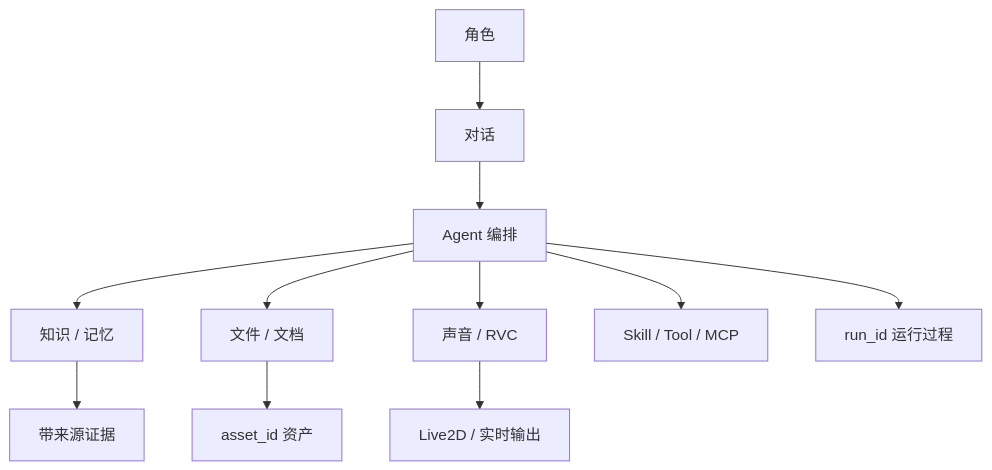
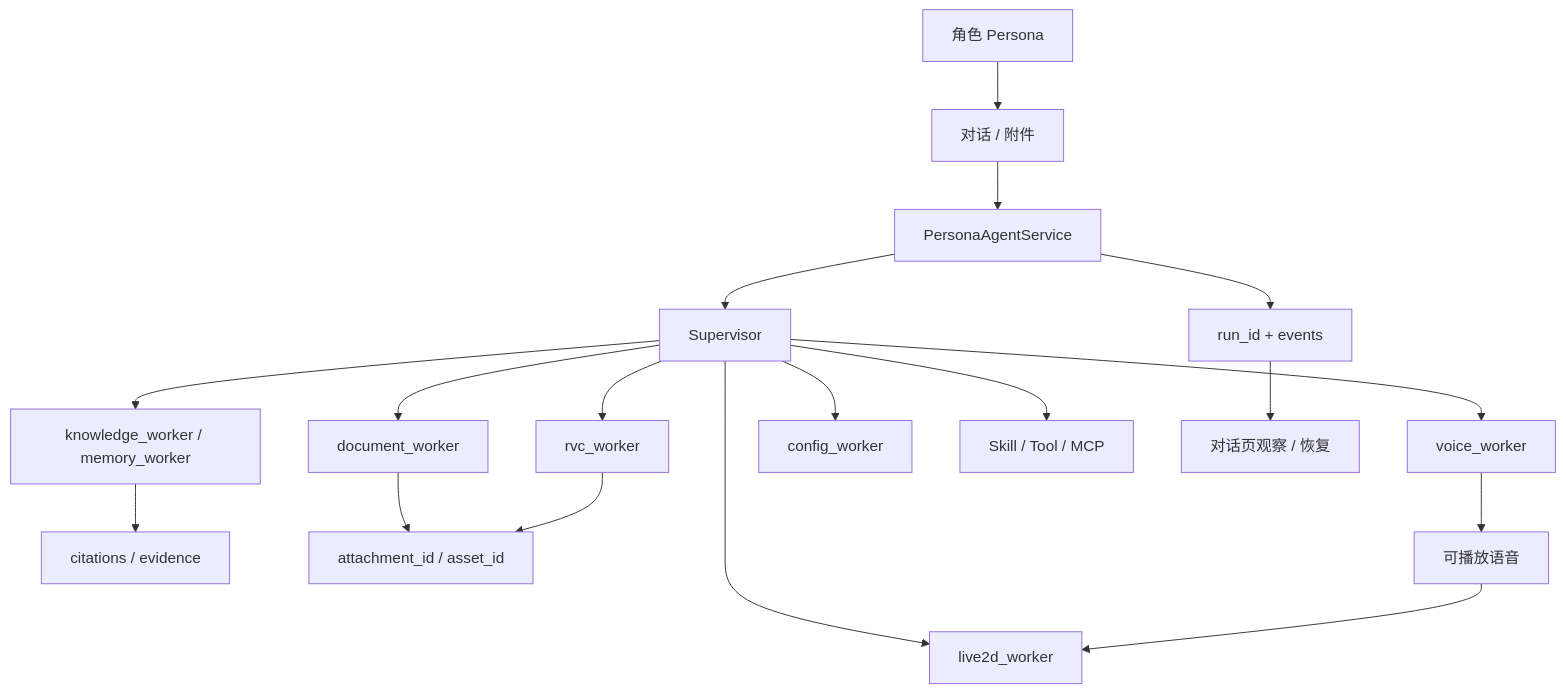
One commit to TKGEKKOU/charactoid changed the diagram in docs/site/capabilities/overview.md. Above: the diagram before and after it, drawn with Mermaid. The commit also changed other lines of this file and 39 other files, not shown here.

````diff
--- a/docs/site/capabilities/overview.md
+++ b/docs/site/capabilities/overview.md
@@ -20,13 +31,20 @@
 ```mermaid
 flowchart TD
-  P[角色] --> CHAT[对话]
-  CHAT --> AGENT[Agent 编排]
-  AGENT --> KNOW[知识 / 记忆]
-  AGENT --> FILE[文件 / 文档]
-  AGENT --> VOICE[声音 / RVC]
-  AGENT --> EXT[Skill / Tool / MCP]
-  VOICE --> LIVE[Live2D / 实时输出]
-  FILE --> ASSET[asset_id 资产]
-  KNOW --> CITE[带来源证据]
-  AGENT --> RUN[run_id 运行过程]
+  P[角色 Persona] --> CHAT[对话 / 附件]
+  CHAT --> AGENT[PersonaAgentService]
+  AGENT --> SUP[Supervisor]
+  SUP --> KNOW[knowledge_worker / memory_worker]
+  SUP --> FILE[document_worker]
+  SUP --> VOICE[voice_worker]
+  SUP --> RVC[rvc_worker]
+  SUP --> LIVE[live2d_worker]
+  SUP --> CFG[config_worker]
+  SUP --> EXT[Skill / Tool / MCP]
+  KNOW --> CITE[citations / evidence]
+  FILE --> ASSET[attachment_id / asset_id]
+  VOICE --> SPEAK[可播放语音]
+  SPEAK --> LIVE
+  RVC --> ASSET
+  AGENT --> RUN[run_id + events]
+  RUN --> UI[对话页观察 / 恢复]
 ```
````
